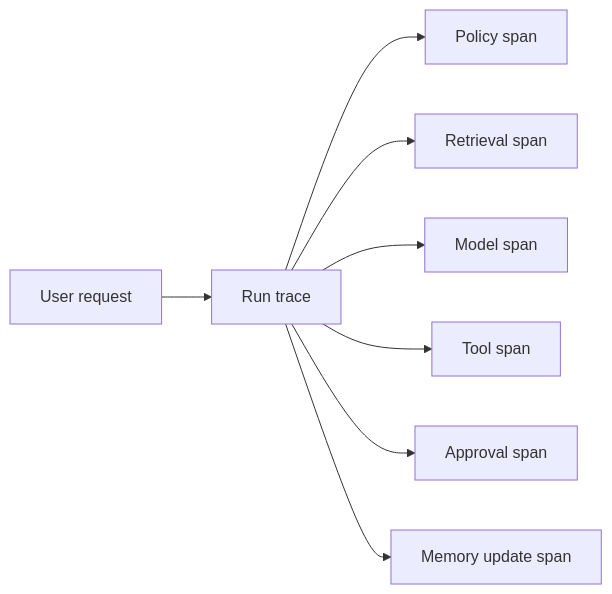
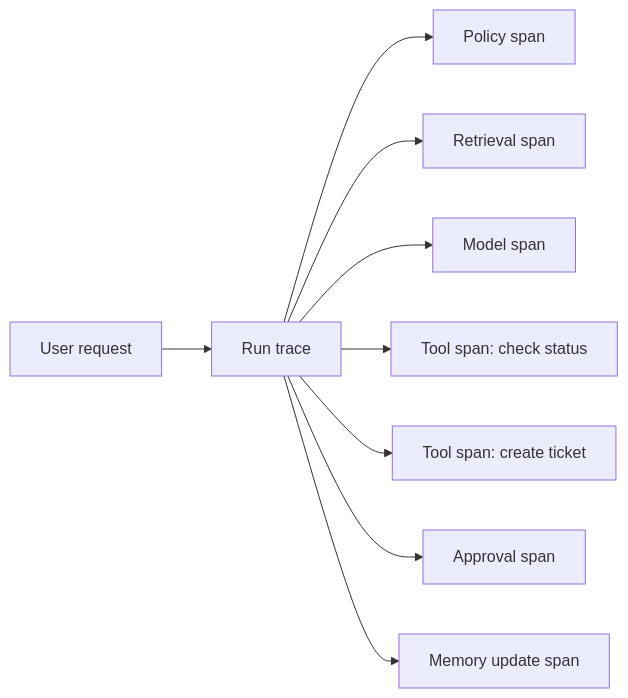
One commit to agent-axiom/agent-arch changed the diagram in docs/book/part-v/chapter-11.en.md. Above: the diagram before and after it, drawn with Mermaid. The commit also changed other lines of this file and 2 other files, not shown here.

````diff
--- a/docs/book/part-v/chapter-11.en.md
+++ b/docs/book/part-v/chapter-11.en.md
@@ -53,10 +64,11 @@
 ``` mermaid
 flowchart LR
     A["User request"] --> B["Run trace"]
     B --> C["Policy span"]
     B --> D["Retrieval span"]
     B --> E["Model span"]
-    B --> F["Tool span"]
-    B --> G["Approval span"]
-    B --> H["Memory update span"]
+    B --> F["Tool span: check status"]
+    B --> G["Tool span: create ticket"]
+    B --> H["Approval span"]
+    B --> I["Memory update span"]
 ```
````
